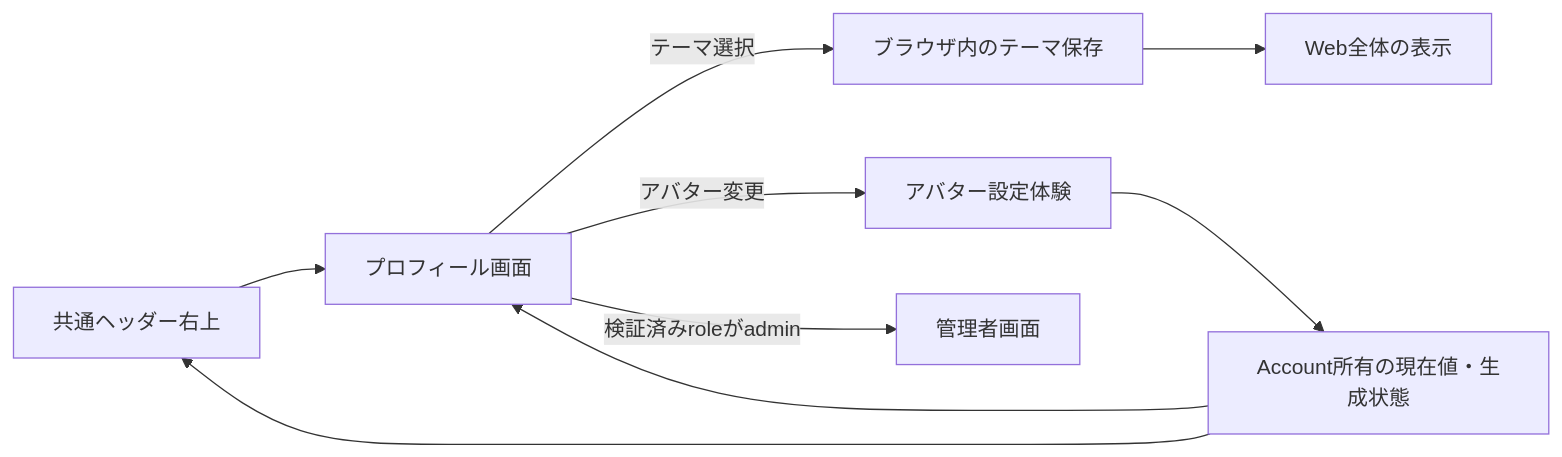
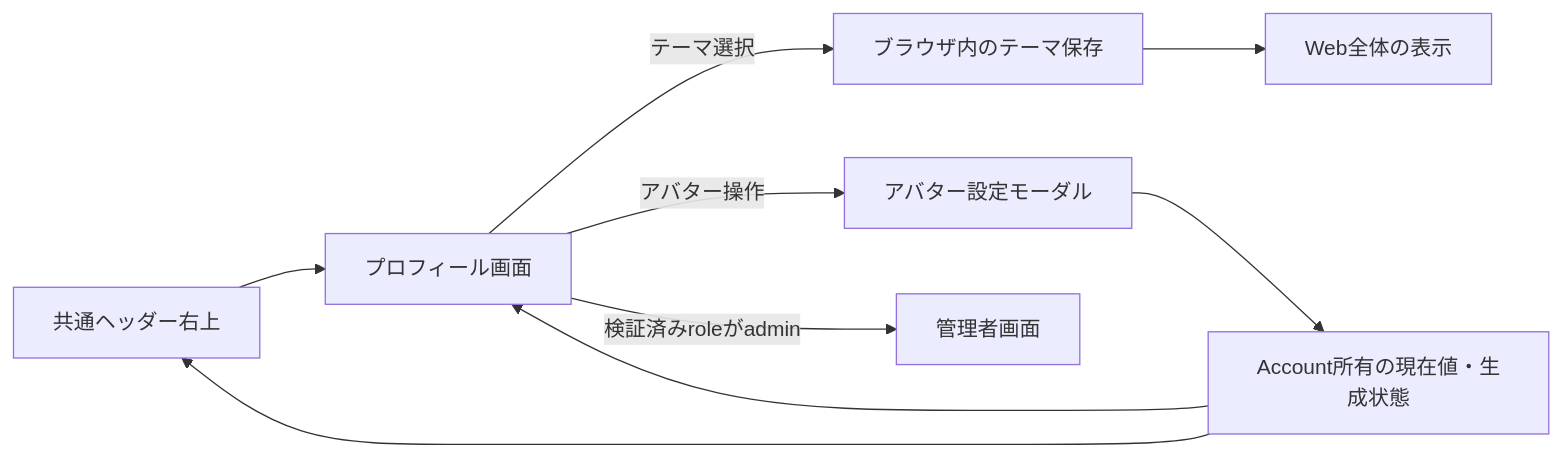
Before and after one commit to kkyosuke/me-builder: the second of 2 diagrams in docs/product/profile-settings-experience.md, drawn with Mermaid. The commit also changed other lines of this file and 20 other files, not shown here.

````diff
--- a/docs/product/profile-settings-experience.md
+++ b/docs/product/profile-settings-experience.md
@@ -151,11 +151,11 @@
 ```mermaid
 flowchart LR
     H[共通ヘッダー右上] --> P[プロフィール画面]
     P -->|テーマ選択| B[ブラウザ内のテーマ保存]
     B --> V[Web全体の表示]
-    P -->|アバター変更| A[アバター設定体験]
+    P -->|アバター操作| A[アバター設定モーダル]
     P -->|検証済みroleがadmin| M[管理者画面]
     A --> D[Account所有の現在値・生成状態]
     D --> P
     D --> H
 ```
````
